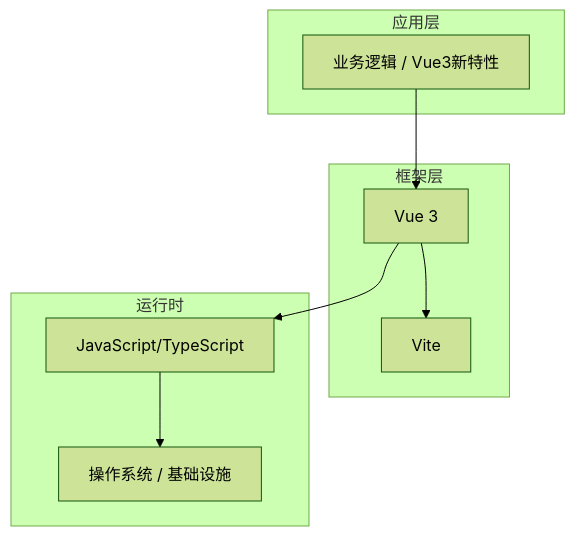
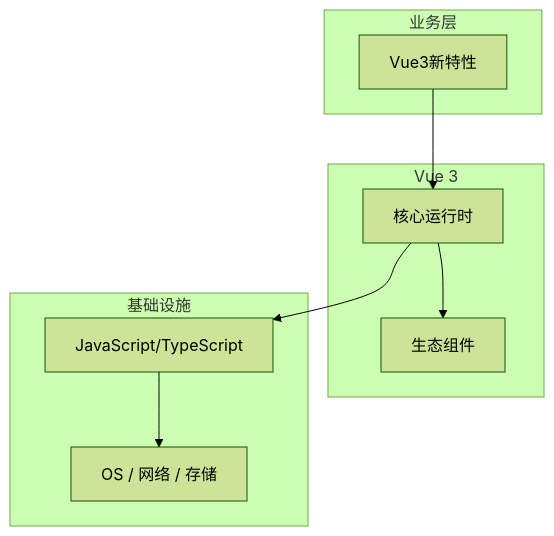
Before and after one commit to yanggan2015/knowledge-json-v2: the diagram in articles/Vue/chapters/109-Vue3新特性核心概念与原理.md, drawn with Mermaid (forest theme). The commit also changed other lines of this file and 10127 other files, not shown here.

````diff
--- a/articles/Vue/chapters/109-Vue3新特性核心概念与原理.md
+++ b/articles/Vue/chapters/109-Vue3新特性核心概念与原理.md
@@ -45,18 +34,18 @@
 ```mermaid
 graph TB
-    subgraph 应用层
-        A[业务逻辑 / Vue3新特性]
+    subgraph 业务层
+        A[Vue3新特性]
     end
-    subgraph 框架层
-        B[Vue 3]
-        C[Vite]
+    subgraph Vue 3
+        B[核心运行时]
+        C[生态组件]
     end
-    subgraph 运行时
+    subgraph 基础设施
         D[JavaScript/TypeScript]
-        E[操作系统 / 基础设施]
+        E[OS / 网络 / 存储]
     end
     A --> B
     B --> C
     B --> D
     D --> E
 ```
````
